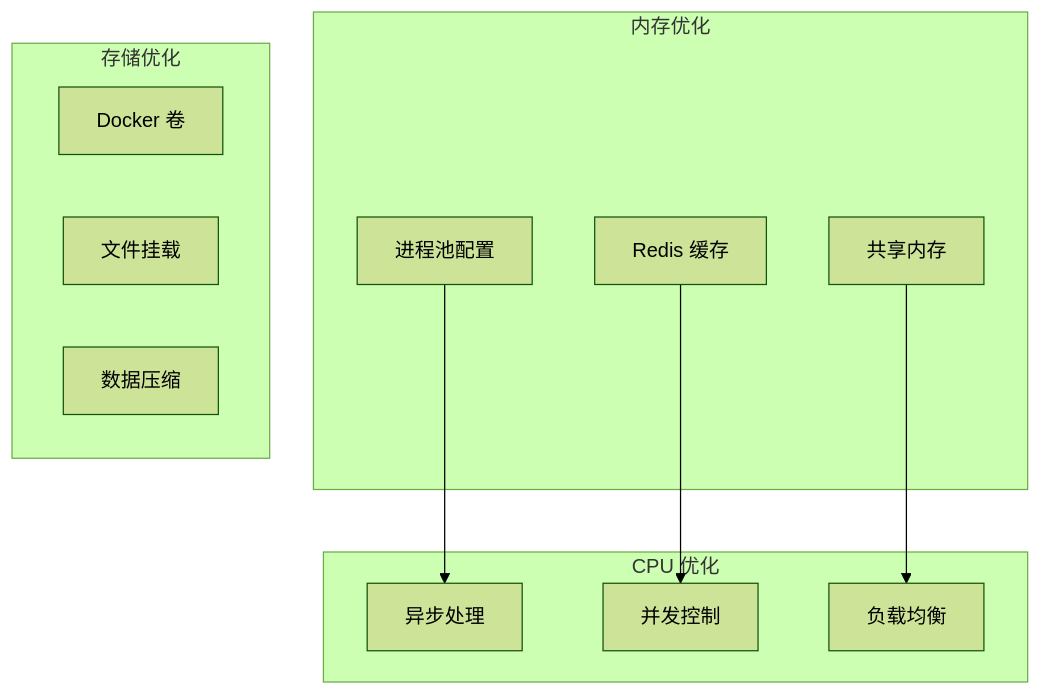
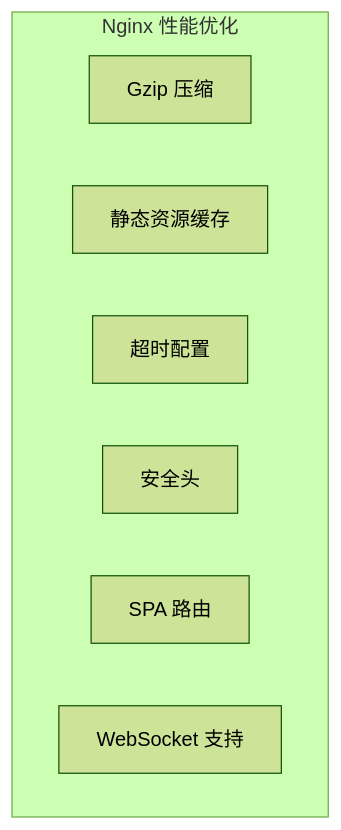
Before and after one commit to xfbyxq/ai-novel-system: diagram 13 of 14 in .qoder/repowiki/zh/content/Docker Deployment.md, drawn with Mermaid (forest theme). The commit also changed other lines of this file and 8 other files, not shown here.

````diff
--- a/.qoder/repowiki/zh/content/Docker Deployment.md
+++ b/.qoder/repowiki/zh/content/Docker Deployment.md
@@ -661,21 +579,11 @@
 ```mermaid
 graph TB
-subgraph "内存优化"
-POOL[进程池配置]
-CACHE[Redis 缓存]
-SHARED[共享内存]
+subgraph "Nginx 性能优化"
+GZIP_COMPRESSION[Gzip 压缩]
+STATIC_CACHE[静态资源缓存]
+TIMEOUT_CONFIG[超时配置]
+SECURITY_HEADERS[安全头]
+SPA_ROUTING[SPA 路由]
+WEBSOCKET_SUPPORT[WebSocket 支持]
 end
-subgraph "CPU 优化"
-ASYNC[异步处理]
-CONCURRENCY[并发控制]
-LOAD_BALANCE[负载均衡]
-end
-subgraph "存储优化"
-VOLUME[Docker 卷]
-MOUNT[文件挂载]
-COMPRESS[数据压缩]
-end
-POOL --> ASYNC
-CACHE --> CONCURRENCY
-SHARED --> LOAD_BALANCE
 ```
````
